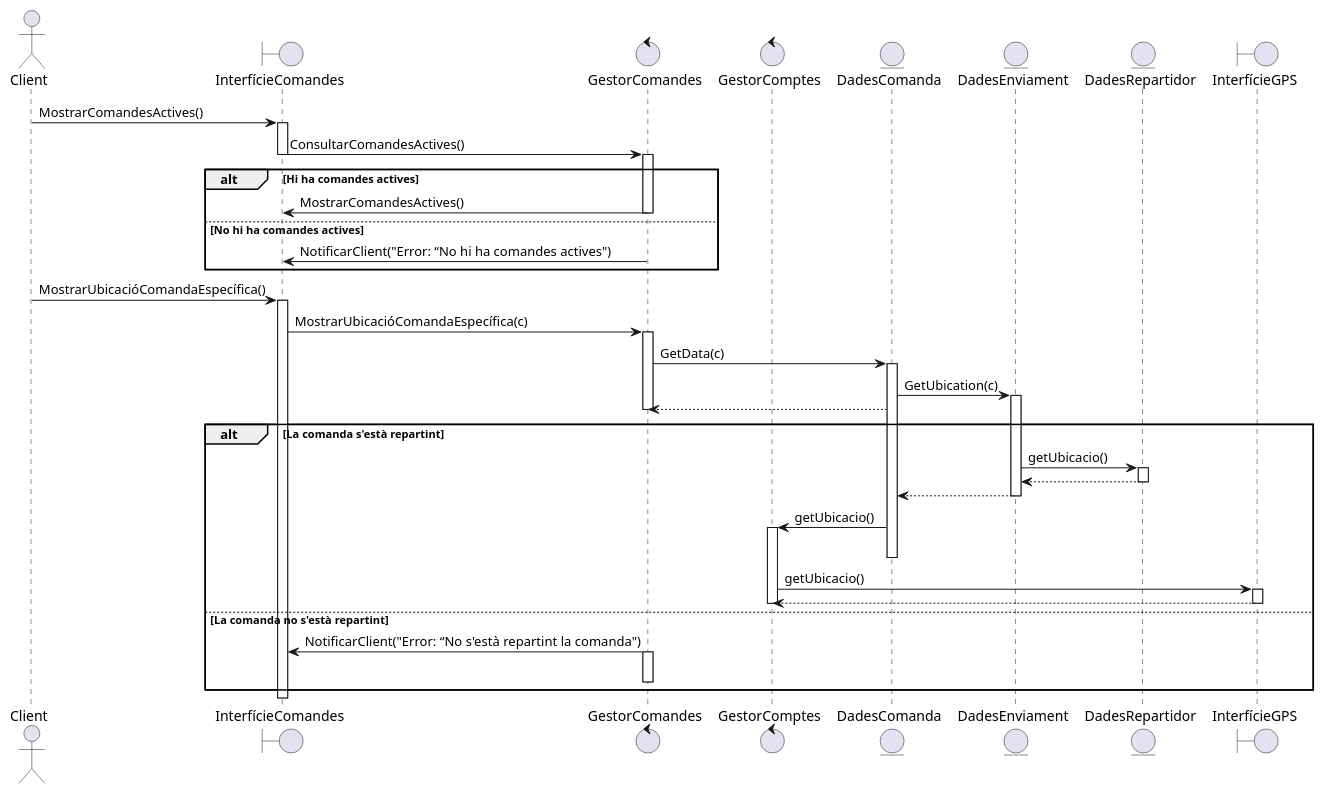
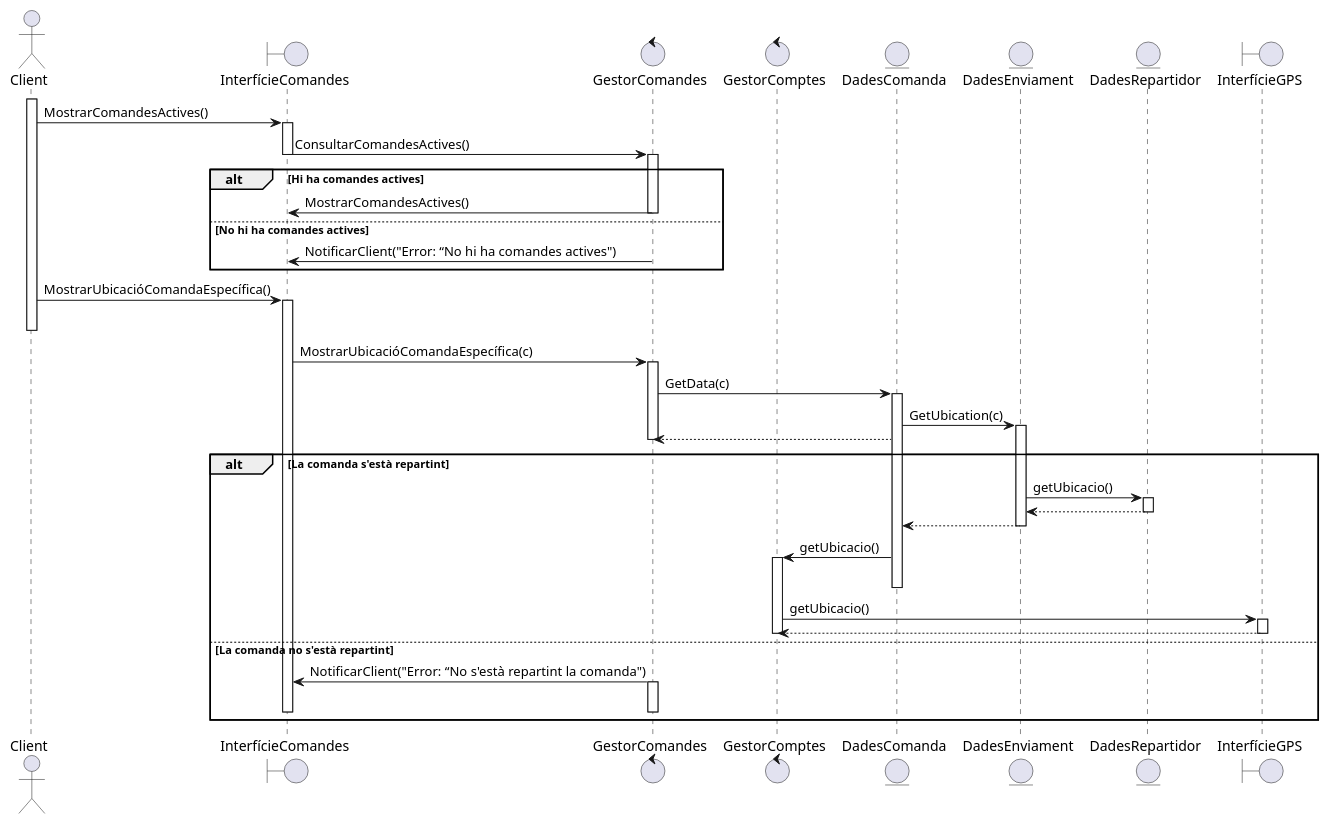
One commit to martipages/ES23UAB431-02 changed the diagram in documents/Diagrames i Especificacions/Seqüencia/seta/5 - Seguiment Comanda.puml. Above: the diagram before and after it, drawn with PlantUML. The commit also changed 26 other files, not shown here.

```diff
--- a/documents/Diagrames i Especificacions/Seqüencia/seta/5 - Seguiment Comanda.puml
+++ b/documents/Diagrames i Especificacions/Seqüencia/seta/5 - Seguiment Comanda.puml
@@ -1,54 +1,56 @@
 @startuml
 
 actor Client
 boundary InterfícieComandes
 boundary InterfícieGPS
 control GestorComandes
 control GestorComptes
 
 entity DadesComanda
 entity DadesEnviament
 entity DadesRepartidor
 boundary InterfícieGPS
 
-
+Client++
 Client -> InterfícieComandes++: MostrarComandesActives()
 InterfícieComandes -> GestorComandes--++: ConsultarComandesActives()
 alt Hi ha comandes actives
 GestorComandes->InterfícieComandes--: MostrarComandesActives() 
 else No hi ha comandes actives
 GestorComandes->InterfícieComandes: NotificarClient("Error: “No hi ha comandes actives")
 end
 
 Client -> InterfícieComandes++: MostrarUbicacióComandaEspecífica()
+Client--
 InterfícieComandes -> GestorComandes++: MostrarUbicacióComandaEspecífica(c)
 GestorComandes -> DadesComanda++: GetData(c)
 DadesComanda -> DadesEnviament++: GetUbication(c)
 DadesComanda --> GestorComandes
 GestorComandes--
 
 alt La comanda s'està repartint
 DadesEnviament->DadesRepartidor++: getUbicacio()
 DadesRepartidor-->DadesEnviament--
 
 DadesEnviament-->DadesComanda--
 DadesComanda->GestorComptes++: getUbicacio()
 DadesComanda--
 GestorComptes->InterfícieGPS++: getUbicacio()
 InterfícieGPS-->GestorComptes
 InterfícieGPS--
 GestorComptes--
 
 
 
 else La comanda no s'està repartint
 GestorComandes->InterfícieComandes: NotificarClient("Error: “No s'està repartint la comanda")
+
 GestorComandes++
-
+InterfícieComandes--
 GestorComandes--
 end
 
 
 
 
 @enduml
```
